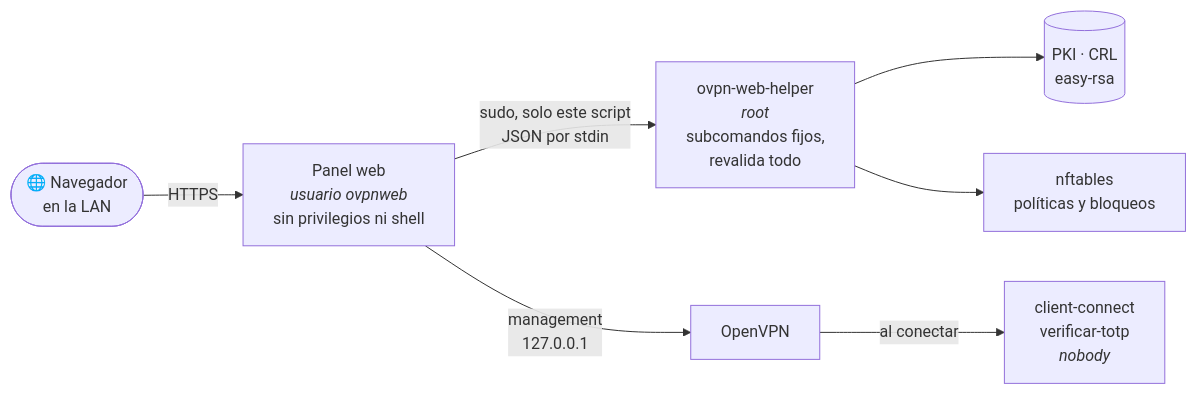
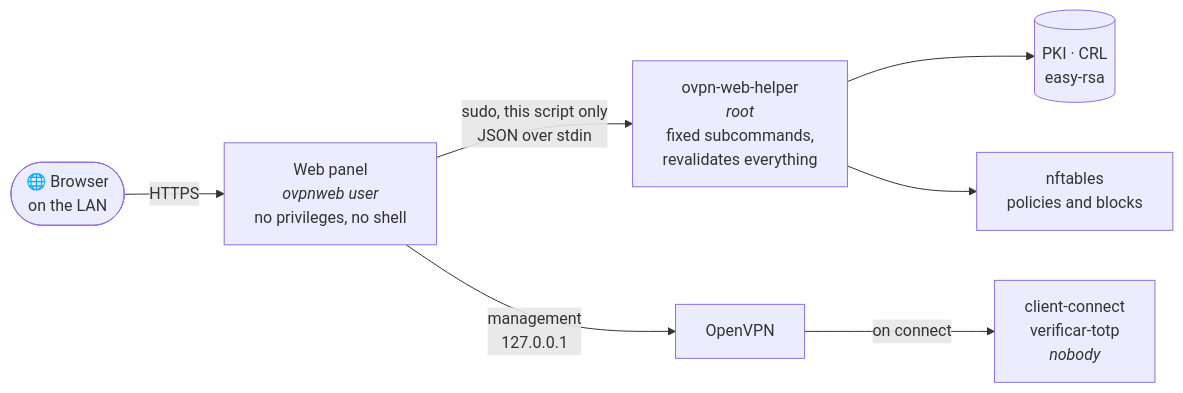
One commit to Electrobridges/BridgesMGR changed the diagram in README.md. Above: the diagram before and after it, drawn with Mermaid. The commit also changed other lines of this file and 3 other files, not shown here.

````diff
--- a/README.md
+++ b/README.md
@@ -124,9 +129,9 @@
 ```mermaid
 flowchart LR
-    N(["🌐 Navegador<br>en la LAN"]) -- HTTPS --> P["Panel web<br><i>usuario ovpnweb</i><br>sin privilegios ni shell"]
-    P -- "sudo, solo este script<br>JSON por stdin" --> H["ovpn-web-helper<br><i>root</i><br>subcomandos fijos,<br>revalida todo"]
+    N(["🌐 Browser<br>on the LAN"]) -- HTTPS --> P["Web panel<br><i>ovpnweb user</i><br>no privileges, no shell"]
+    P -- "sudo, this script only<br>JSON over stdin" --> H["ovpn-web-helper<br><i>root</i><br>fixed subcommands,<br>revalidates everything"]
     H --> K[("PKI · CRL<br>easy-rsa")]
-    H --> F["nftables<br>políticas y bloqueos"]
+    H --> F["nftables<br>policies and blocks"]
     P -- "management<br>127.0.0.1" --> O["OpenVPN"]
-    O -- "al conectar" --> S["client-connect<br>verificar-totp<br><i>nobody</i>"]
+    O -- "on connect" --> S["client-connect<br>verificar-totp<br><i>nobody</i>"]
 ```
````
